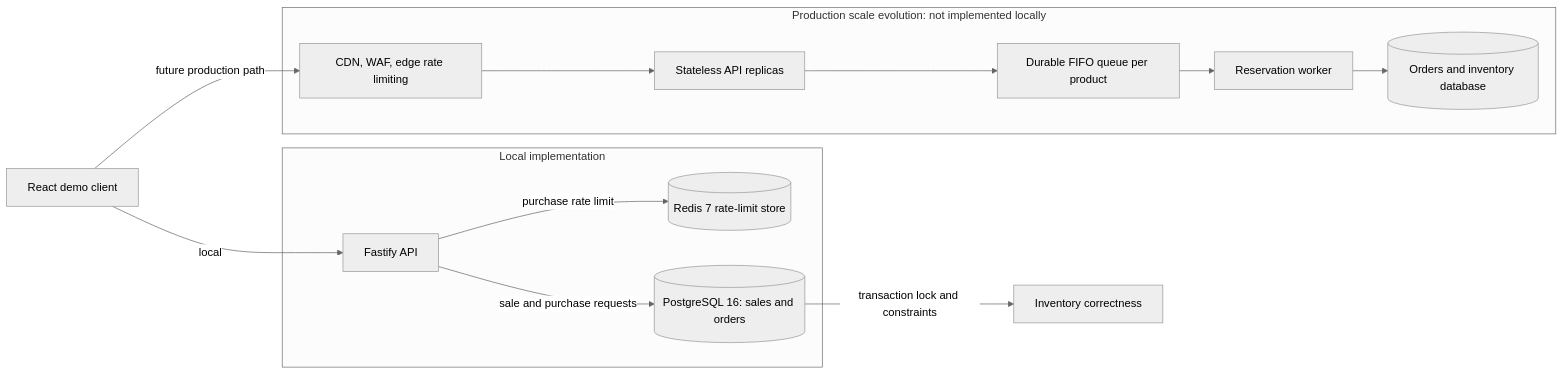
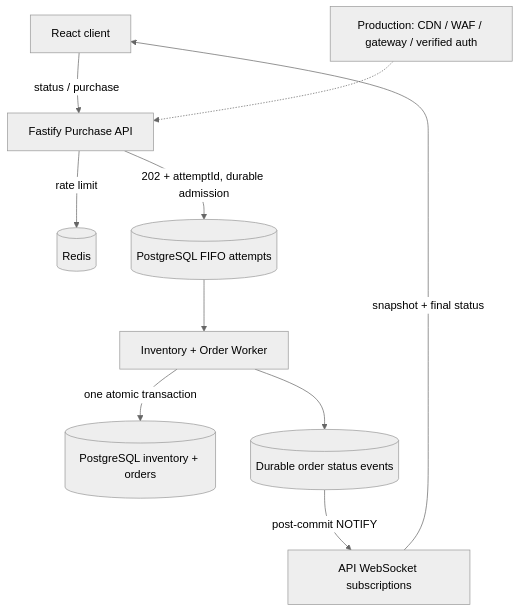
The diagram in README.md (yogahermawan/flash-sale-test), drawn with Mermaid (neutral theme) before and after one commit. The commit also changed other lines of this file and 34 other files, not shown here.

Commit message:
Implement durable FIFO purchases with WebSocket results

````diff
--- a/README.md
+++ b/README.md
@@ -15,26 +11,12 @@
 ```mermaid
-flowchart LR
-  Client["React demo client"]
-
-  subgraph Local["Local implementation"]
-    API["Fastify API"]
-    Redis[("Redis 7 rate-limit store")]
-    Postgres[("PostgreSQL 16: sales and orders")]
-    API -->|purchase rate limit| Redis
-    API -->|sale and purchase requests| Postgres
-  end
-
-  Client -->|local| API
-  Postgres -->|transaction lock and constraints| Inventory["Inventory correctness"]
-
-  subgraph Production["Production scale evolution: not implemented locally"]
-    Edge["CDN, WAF, edge rate limiting"]
-    Replicas["Stateless API replicas"]
-    Queue["Durable FIFO queue per product"]
-    Worker["Reservation worker"]
-    ProductionDB[("Orders and inventory database")]
-    Edge --> Replicas --> Queue --> Worker --> ProductionDB
-  end
-
-  Client -->|future production path| Edge
+flowchart TD
+  Client[React client] -->|status / purchase| API[Fastify Purchase API]
+  API -->|rate limit| Redis[(Redis)]
+  API -->|202 + attemptId, durable admission| Queue[(PostgreSQL FIFO attempts)]
+  Queue --> Worker[Inventory + Order Worker]
+  Worker -->|one atomic transaction| Tables[(PostgreSQL inventory + orders)]
+  Worker --> Events[(Durable order status events)]
+  Events -->|post-commit NOTIFY| WS[API WebSocket subscriptions]
+  WS -->|snapshot + final status| Client
+  Edge[Production: CDN / WAF / gateway / verified auth] -.-> API
 ```
````
